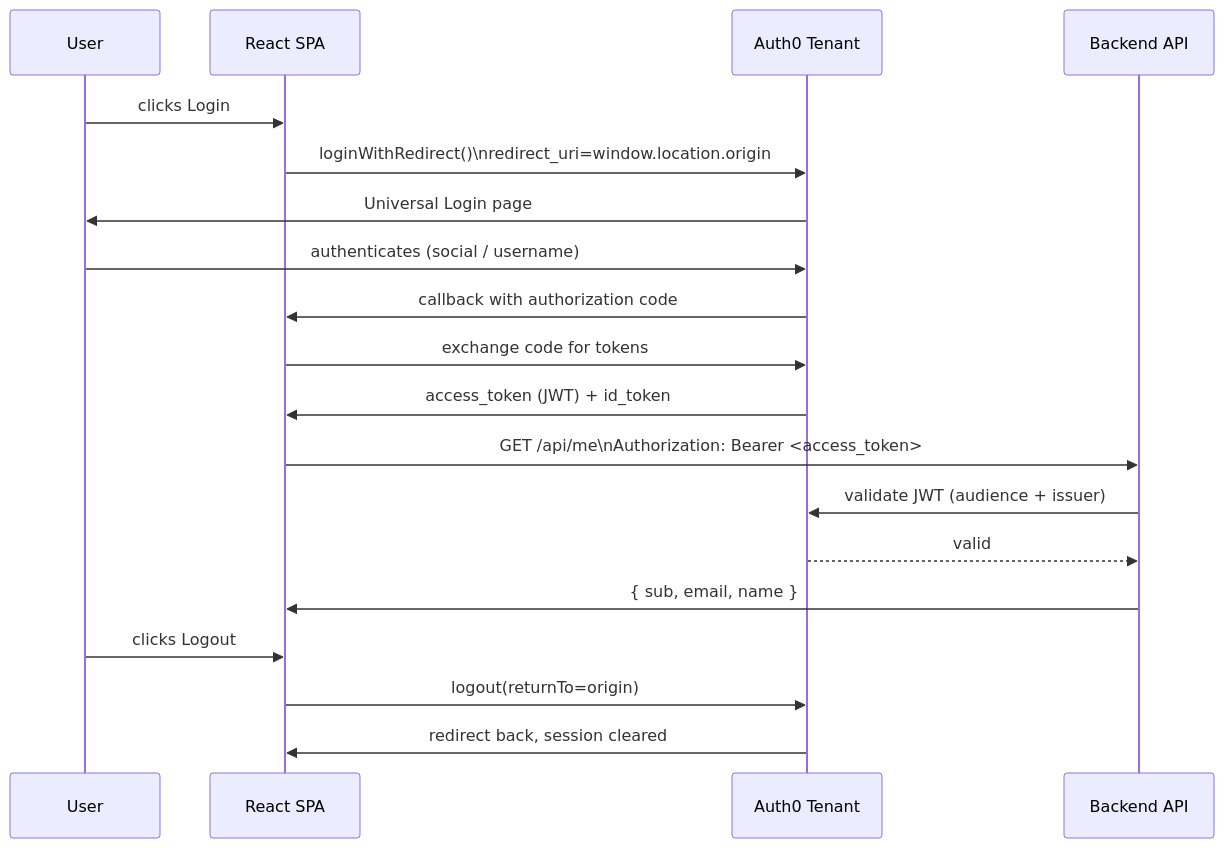
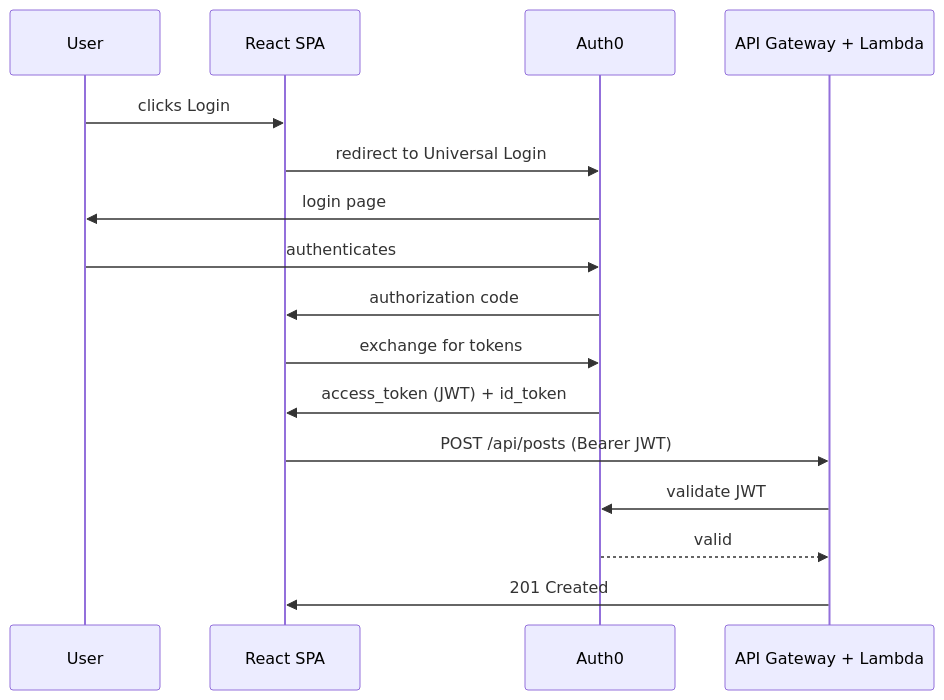
Before and after one commit to OneCode182/AREP-Microservices: the second of 2 diagrams in README.md, drawn with Mermaid. The commit also changed other lines of this file and 3 other files, not shown here.

Commit message:
docs: update main README with architecture diagrams and final status

````diff
--- a/README.md
+++ b/README.md
@@ -83,22 +47,19 @@
 ```mermaid
 sequenceDiagram
     participant U as User
     participant SPA as React SPA
-    participant A0 as Auth0 Tenant
-    participant API as Backend API
+    participant A0 as Auth0
+    participant API as API Gateway + Lambda
 
     U->>SPA: clicks Login
-    SPA->>A0: loginWithRedirect()\nredirect_uri=window.location.origin
-    A0->>U: Universal Login page
-    U->>A0: authenticates (social / username)
-    A0->>SPA: callback with authorization code
-    SPA->>A0: exchange code for tokens
+    SPA->>A0: redirect to Universal Login
+    A0->>U: login page
+    U->>A0: authenticates
+    A0->>SPA: authorization code
+    SPA->>A0: exchange for tokens
     A0->>SPA: access_token (JWT) + id_token
-    SPA->>API: GET /api/me\nAuthorization: Bearer <access_token>
-    API->>A0: validate JWT (audience + issuer)
+    SPA->>API: POST /api/posts (Bearer JWT)
+    API->>A0: validate JWT
     A0-->>API: valid
-    API->>SPA: { sub, email, name }
-    U->>SPA: clicks Logout
-    SPA->>A0: logout(returnTo=origin)
-    A0->>SPA: redirect back, session cleared
+    API->>SPA: 201 Created
 ```
````
